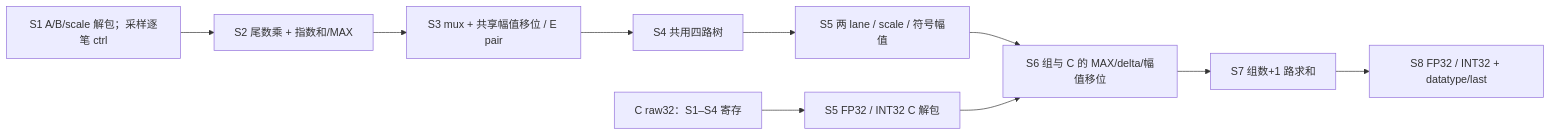
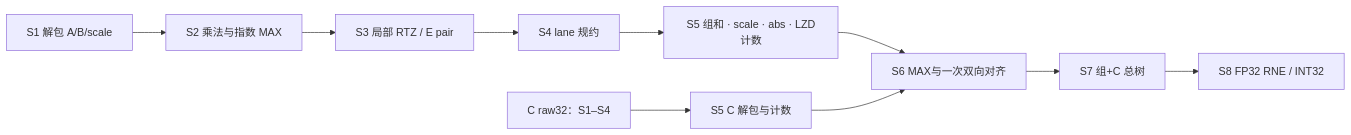
Before and after one commit to Futuresxy/DP-Puzzel: the diagram in src/spec/dp/pipeline.md, drawn with Mermaid. The commit also changed other lines of this file and 106 other files, not shown here.

````diff
--- a/src/spec/dp/pipeline.md
+++ b/src/spec/dp/pipeline.md
@@ -43,12 +20,12 @@
 ```mermaid
 flowchart LR
- S1["S1 A/B/scale 解包；采样逐笔 ctrl"] --> S2["S2 尾数乘 + 指数和/MAX"]
- S2 --> S3["S3 mux + 共享幅值移位 / E pair"]
- S3 --> S4["S4 共用四路树"]
- S4 --> S5["S5 两 lane / scale / 符号幅值"]
- C["C raw32：S1–S4 寄存"] --> C5["S5 FP32 / INT32 C 解包"]
- S5 --> S6["S6 组与 C 的 MAX/delta/幅值移位"]
- C5 --> S6
- S6 --> S7["S7 组数+1 路求和"]
- S7 --> S8["S8 FP32 / INT32 + datatype/last"]
+  A["S1 解包 A/B/scale"] --> B["S2 乘法与指数 MAX"]
+  B --> C["S3 局部 RTZ / E pair"]
+  C --> D["S4 lane 规约"]
+  D --> E["S5 组和 · scale · abs · LZD计数"]
+  R["C raw32：S1–S4"] --> U["S5 C 解包与计数"]
+  E --> F["S6 MAX与一次双向对齐"]
+  U --> F
+  F --> G["S7 组+C 总树"]
+  G --> H["S8 FP32 RNE / INT32"]
 ```
````
